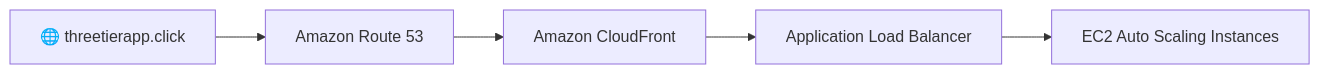
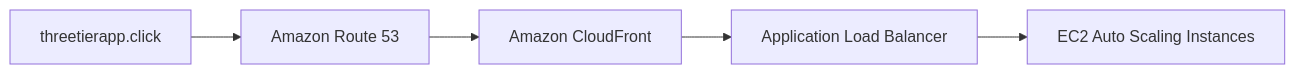
Before and after one commit to 15Vaibhavparte/3Tier-app-Capstone1: the third of 6 diagrams in README.md, drawn with Mermaid. The commit also changed other lines of this file, not shown here.

````diff
--- a/README.md
+++ b/README.md
@@ -681,13 +680,13 @@
 ```mermaid
 graph LR
-    Domain["🌐 threetierapp.click"]
+    Domain[" threetierapp.click"]
     R53["Amazon Route 53"]
     CF["Amazon CloudFront"]
     ALB["Application Load Balancer"]
     EC2["EC2 Auto Scaling Instances"]
 
     Domain --> R53
     R53 --> CF
     CF --> ALB
     ALB --> EC2
 ```
````
